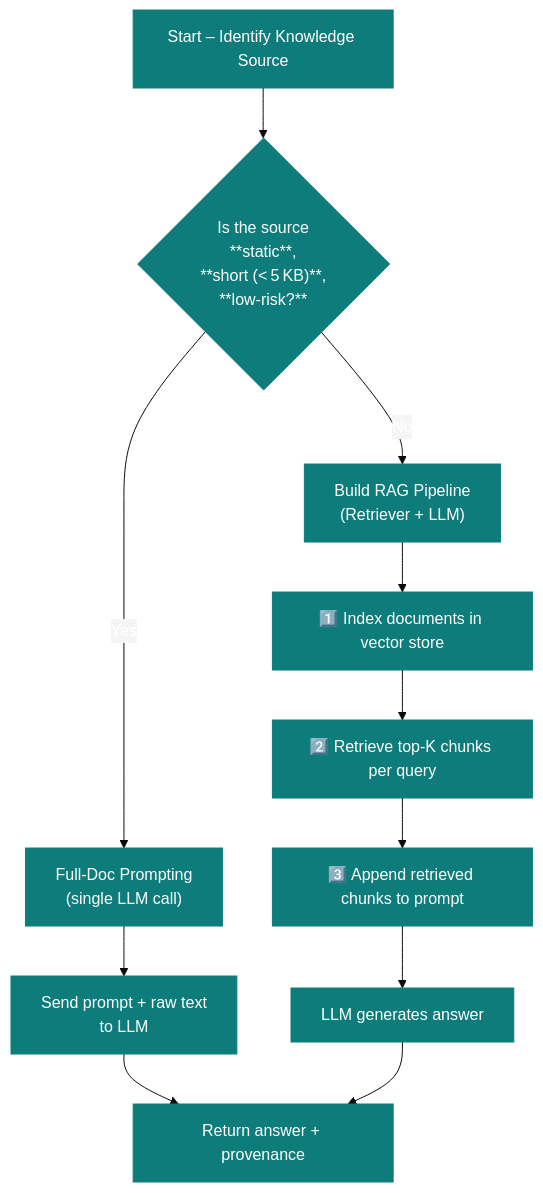
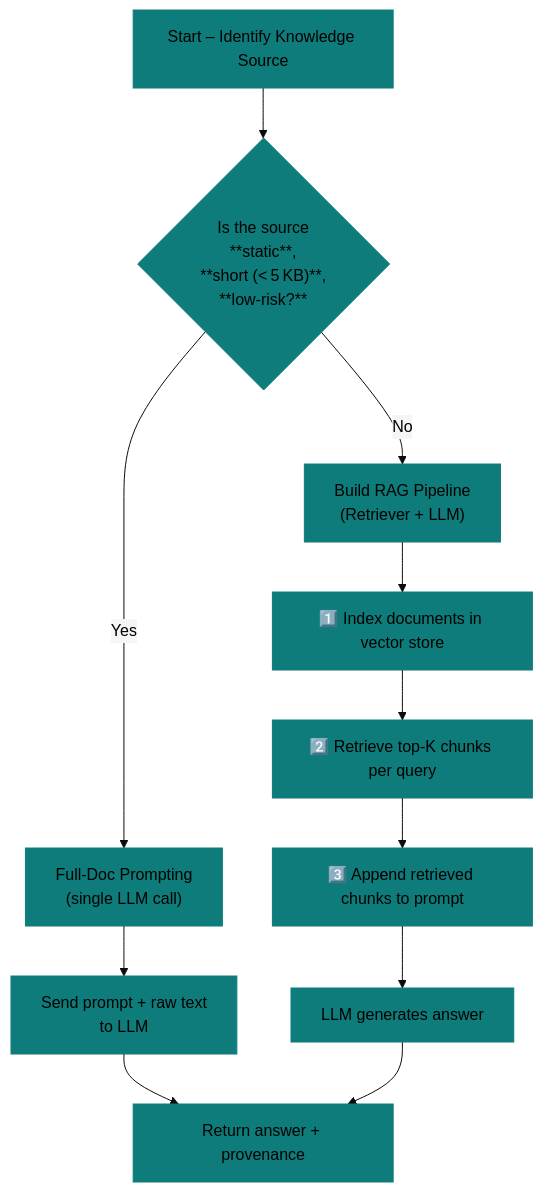
One commit to SalmonJoy/My_guide_for_building_AI_systems changed the first of 3 diagrams in Long_context_vs_RAG.md. Above: the diagram before and after it, drawn with Mermaid.

````diff
--- a/Long_context_vs_RAG.md
+++ b/Long_context_vs_RAG.md
@@ -49,13 +49,13 @@
 ```mermaid
-%%{init: {'theme':'base','themeVariables':{'primaryColor':'#0e7c7b','primaryTextColor':'#ffffff','edgeLabelBackground':'#f5f5f5','nodeBorder':'#0e7c7b'}}}%%
+%%{init: {'theme':'base','themeVariables':{'primaryColor':'#0e7c7b','primaryTextColor':'#000000','edgeLabelBackground':'#f5f5f5','nodeBorder':'#0e7c7b'}}}%%
 graph TD
     A[Start – Identify Knowledge Source] --> B{"Is the source <br>**static**, <br>**short (&lt; 5 KB)**, <br>**low‑risk?**"}
     B -- Yes --> C["Full‑Doc Prompting<br>(single LLM call)"]
     B -- No --> D["Build RAG Pipeline<br>(Retriever + LLM)"]
     C --> E[Send prompt + raw text<br>to LLM]
     D --> F[1️⃣ Index documents in vector store]
     F --> G[2️⃣ Retrieve top‑K chunks per query]
     G --> H[3️⃣ Append retrieved chunks to prompt]
     H --> I[LLM generates answer]
     E & I --> J[Return answer + provenance]
 ```
````
